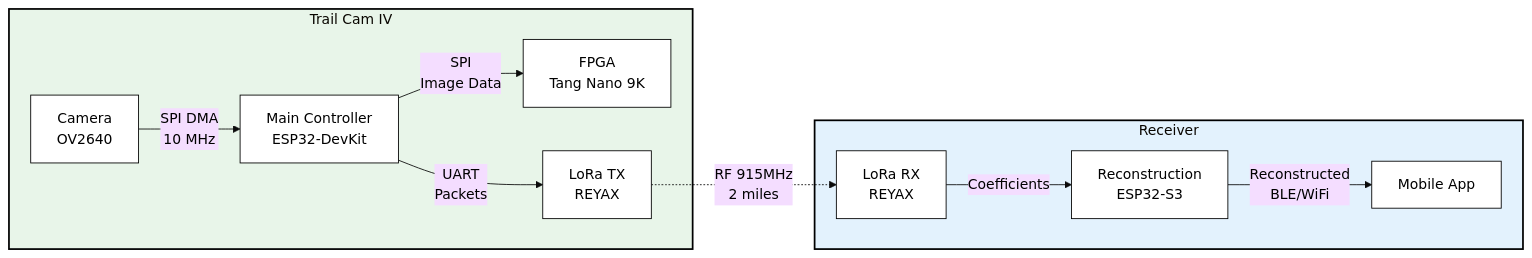
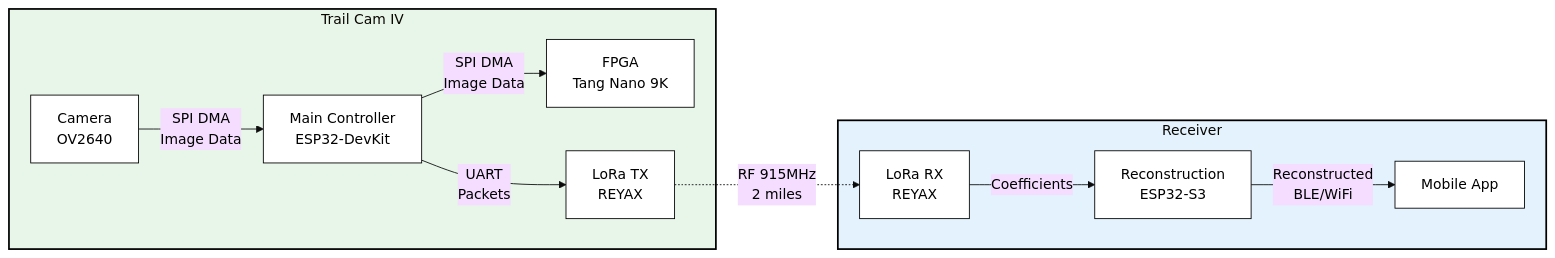
The first of 2 diagrams in README.md (ColeZenk/SD403_TrailCamera_NDSU), drawn with Mermaid before and after one commit. The commit also changed other lines of this file and 2 other files, not shown here.

````diff
--- a/README.md
+++ b/README.md
@@ -10,34 +10,34 @@
 ```mermaid
 
 %%{init: {'theme':'base', 'themeVariables': {'primaryTextColor':'#000','textColor':'#000'}}}%%
 flowchart LR
     subgraph trailcam[Trail Cam IV]
         CAM[Camera<br/>OV2640]
         MAIN[Main Controller<br/>ESP32-DevKit]
         FPGA[FPGA<br/>Tang Nano 9K]
         LORA_TX[LoRa TX<br/>REYAX]
     end
 
     subgraph receiver[Receiver]
         LORA_RX[LoRa RX<br/>REYAX]
         S3[Reconstruction<br/>ESP32-S3]
         APP[Mobile App]
     end
 
-    CAM -->|SPI DMA<br/>10 MHz| MAIN
-    MAIN -->|SPI<br/>Image Data| FPGA
+    CAM -->|SPI DMA<br/>Image Data| MAIN
+    MAIN -->|SPI DMA<br/>Image Data| FPGA
     MAIN -->|UART<br/>Packets| LORA_TX
     LORA_TX -.->|RF 915MHz<br/>2 miles| LORA_RX
     LORA_RX -->|Coefficients| S3
     S3 -->|Reconstructed<br/>BLE/WiFi| APP
 
     style trailcam fill:#e8f5e9,stroke:#000,stroke-width:2px
     style receiver fill:#e3f2fd,stroke:#000,stroke-width:2px
     style CAM fill:#fff,stroke:#000,color:#000
     style MAIN fill:#fff,stroke:#000,color:#000
     style FPGA fill:#fff,stroke:#000,color:#000
     style LORA_TX fill:#fff,stroke:#000,color:#000
     style LORA_RX fill:#fff,stroke:#000,color:#000
     style S3 fill:#fff,stroke:#000,color:#000
     style APP fill:#fff,stroke:#000,color:#000
 ```
````
